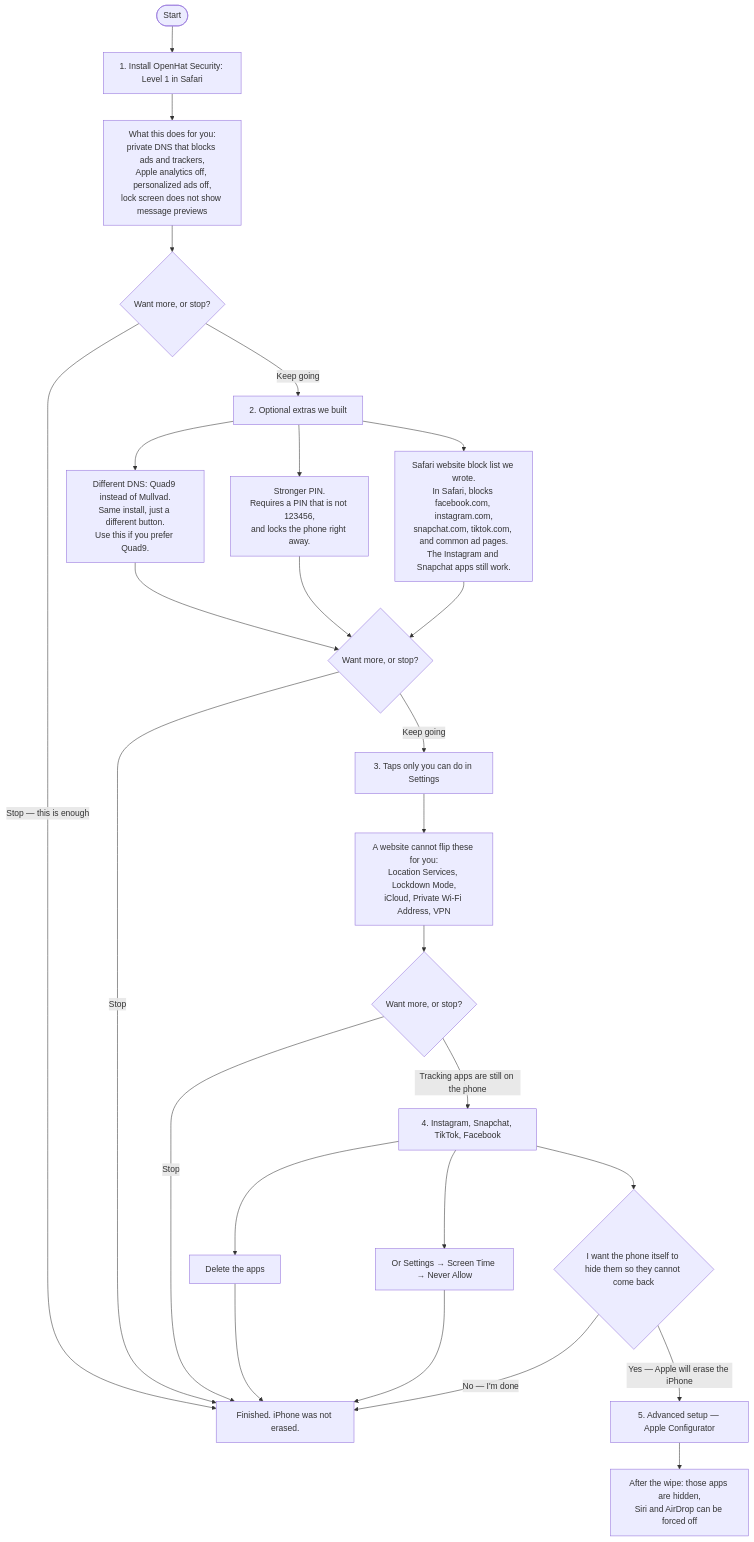
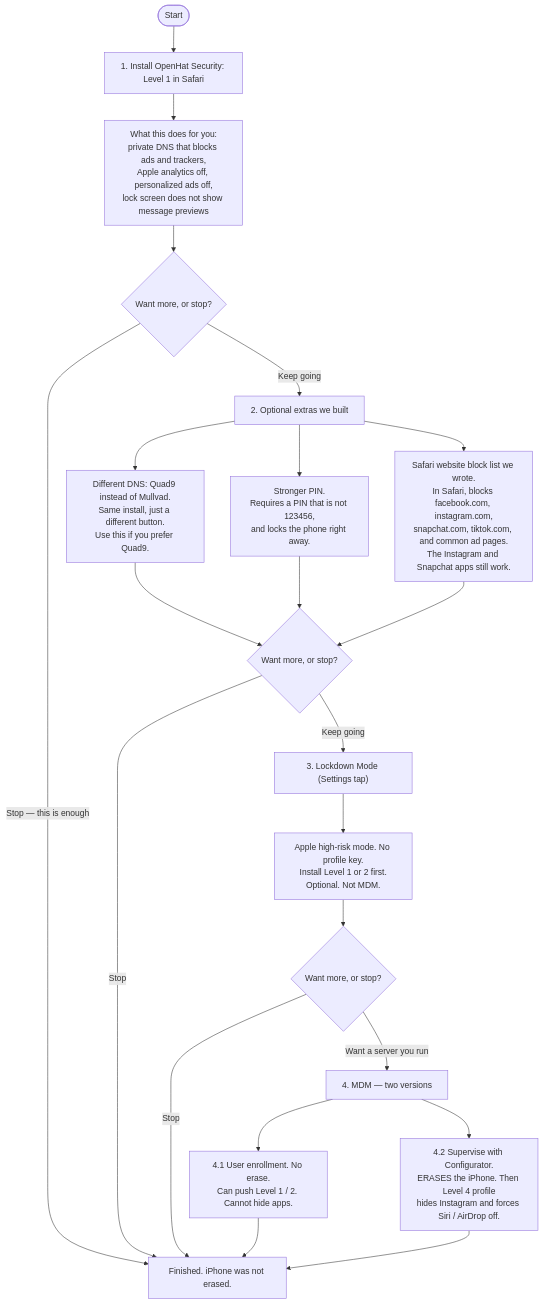
Before and after one commit to openhat-security/ios-max-security: the diagram in README.md, drawn with Mermaid. The commit also changed other lines of this file and 37 other files, not shown here.

````diff
--- a/README.md
+++ b/README.md
@@ -13,48 +13,45 @@
 ```mermaid
 flowchart TD
   start([Start]) --> s1["1. Install OpenHat Security: Level 1 in Safari"]
   s1 --> s1d["What this does for you:
 private DNS that blocks ads and trackers,
 Apple analytics off, personalized ads off,
 lock screen does not show message previews"]
   s1d --> stop1{Want more, or stop?}
   stop1 -->|Stop — this is enough| done[Finished. iPhone was not erased.]
   stop1 -->|Keep going| s2
 
   s2["2. Optional extras we built"]
   s2 --> dns["Different DNS: Quad9 instead of Mullvad.
 Same install, just a different button.
 Use this if you prefer Quad9."]
   s2 --> pin["Stronger PIN.
 Requires a PIN that is not 123456,
 and locks the phone right away."]
   s2 --> safari["Safari website block list we wrote.
 In Safari, blocks facebook.com, instagram.com,
 snapchat.com, tiktok.com, and common ad pages.
 The Instagram and Snapchat apps still work."]
   dns --> stop2{Want more, or stop?}
   pin --> stop2
   safari --> stop2
   stop2 -->|Stop| done
   stop2 -->|Keep going| s3
 
-  s3["3. Taps only you can do in Settings"]
-  s3 --> s3d["A website cannot flip these for you:
-Location Services, Lockdown Mode,
-iCloud, Private Wi-Fi Address, VPN"]
+  s3["3. Lockdown Mode (Settings tap)"]
+  s3 --> s3d["Apple high-risk mode. No profile key.
+Install Level 1 or 2 first.
+Optional. Not MDM."]
   s3d --> stop3{Want more, or stop?}
   stop3 -->|Stop| done
-  stop3 -->|Tracking apps are still on the phone| s4
+  stop3 -->|Want a server you run| s4
 
-  s4["4. Instagram, Snapchat, TikTok, Facebook"]
-  s4 --> del["Delete the apps"]
-  s4 --> st["Or Settings → Screen Time → Never Allow"]
-  del --> done
-  st --> done
-  s4 --> s5{I want the phone itself to hide them so they cannot come back}
-
-  s5 -->|No — I'm done| done
-  s5 -->|Yes — Apple will erase the iPhone| wipe["5. Advanced setup — Apple Configurator"]
-  wipe --> hidden["After the wipe: those apps are hidden,
-Siri and AirDrop can be forced off"]
+  s4["4. MDM — two versions"]
+  s4 --> s41["4.1 User enrollment. No erase.
+Can push Level 1 / 2. Cannot hide apps."]
+  s4 --> s42["4.2 Supervise with Configurator.
+ERASES the iPhone. Then Level 4 profile
+hides Instagram and forces Siri / AirDrop off."]
+  s41 --> done
+  s42 --> done
 ```
````
